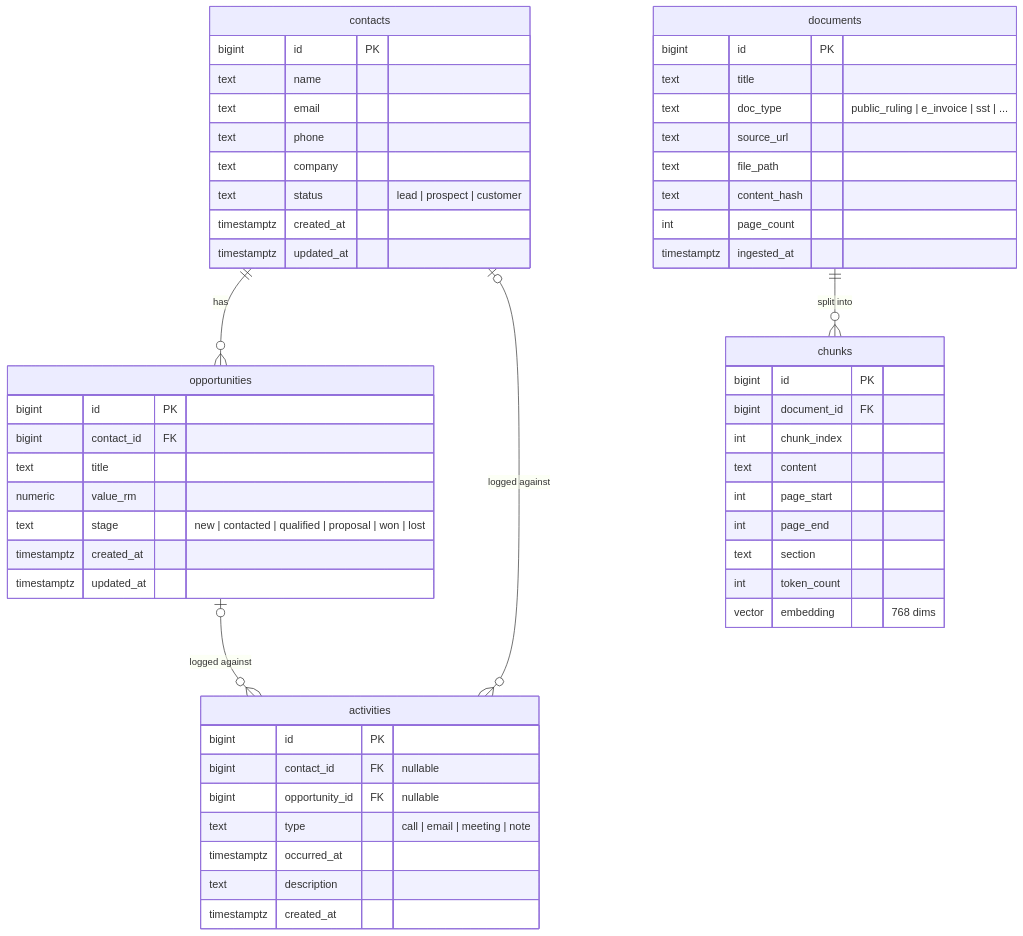
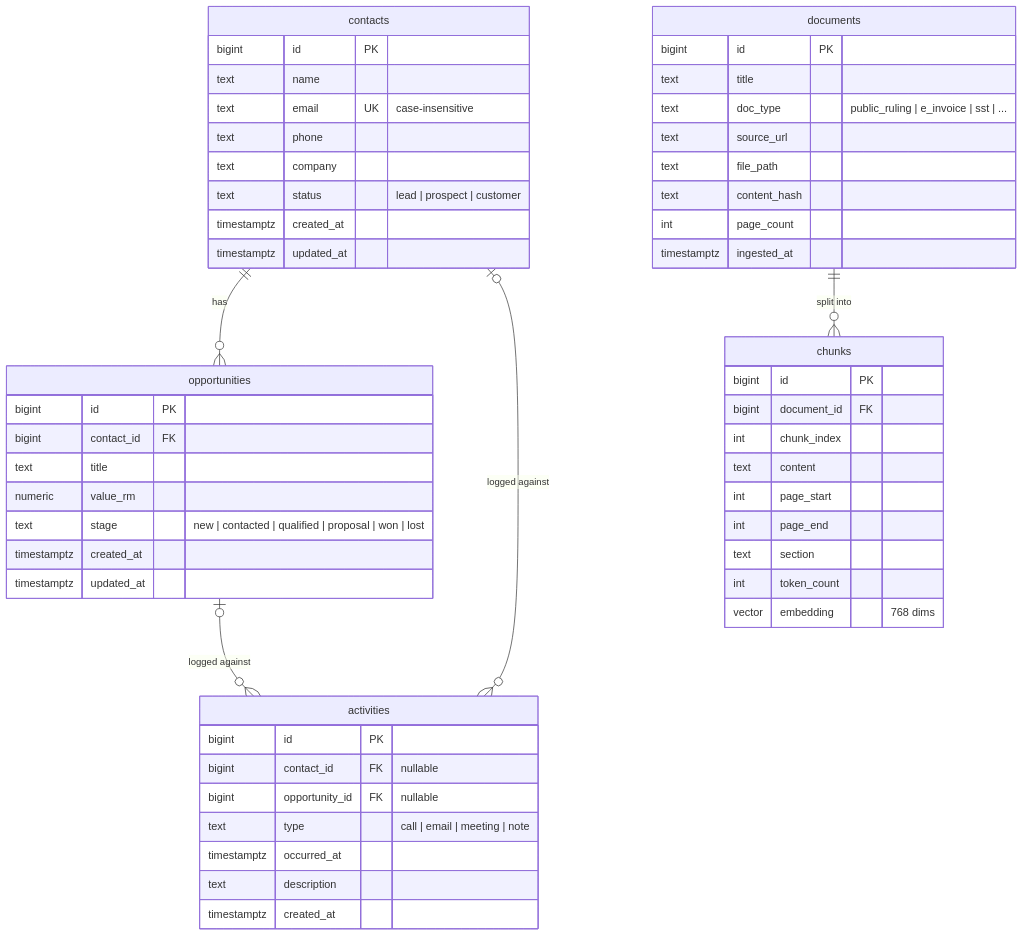
The second of 2 diagrams in ARCHITECTURE.md (hanswys/taxpod-crm-ai), drawn with Mermaid before and after one commit. The commit also changed other lines of this file and 58 other files, not shown here.

````diff
--- a/ARCHITECTURE.md
+++ b/ARCHITECTURE.md
@@ -89,57 +89,57 @@
 ```mermaid
 erDiagram
   contacts ||--o{ opportunities : has
   contacts |o--o{ activities : "logged against"
   opportunities |o--o{ activities : "logged against"
   documents ||--o{ chunks : "split into"
 
   contacts {
     bigint id PK
     text name
-    text email
+    text email UK "case-insensitive"
     text phone
     text company
     text status "lead | prospect | customer"
     timestamptz created_at
     timestamptz updated_at
   }
   opportunities {
     bigint id PK
     bigint contact_id FK
     text title
     numeric value_rm
     text stage "new | contacted | qualified | proposal | won | lost"
     timestamptz created_at
     timestamptz updated_at
   }
   activities {
     bigint id PK
     bigint contact_id FK "nullable"
     bigint opportunity_id FK "nullable"
     text type "call | email | meeting | note"
     timestamptz occurred_at
     text description
     timestamptz created_at
   }
   documents {
     bigint id PK
     text title
     text doc_type "public_ruling | e_invoice | sst | ..."
     text source_url
     text file_path
     text content_hash
     int page_count
     timestamptz ingested_at
   }
   chunks {
     bigint id PK
     bigint document_id FK
     int chunk_index
     text content
     int page_start
     int page_end
     text section
     int token_count
     vector embedding "768 dims"
   }
 ```
````
